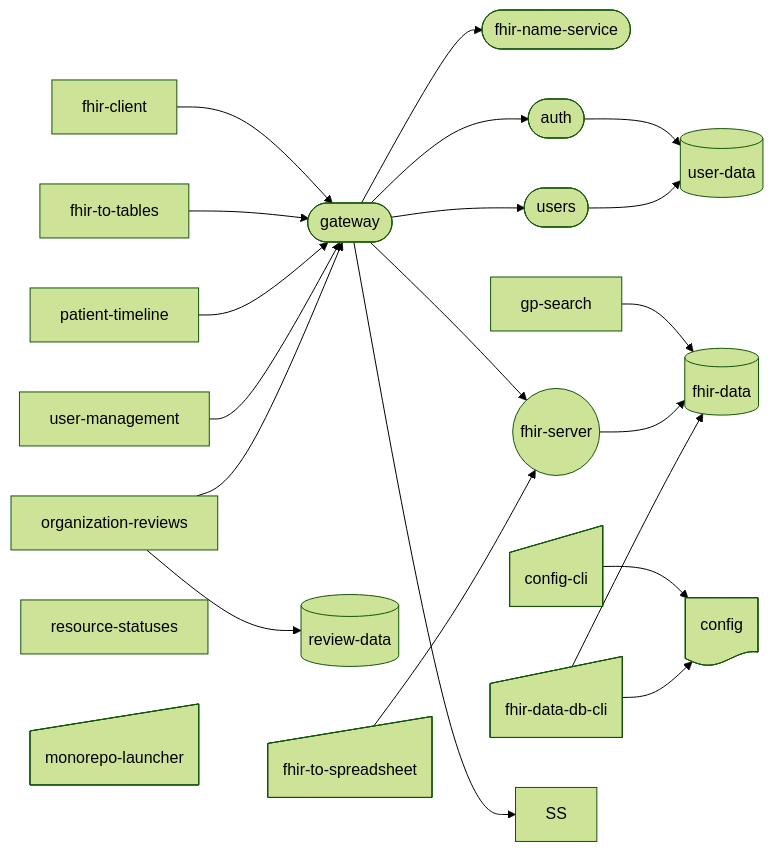
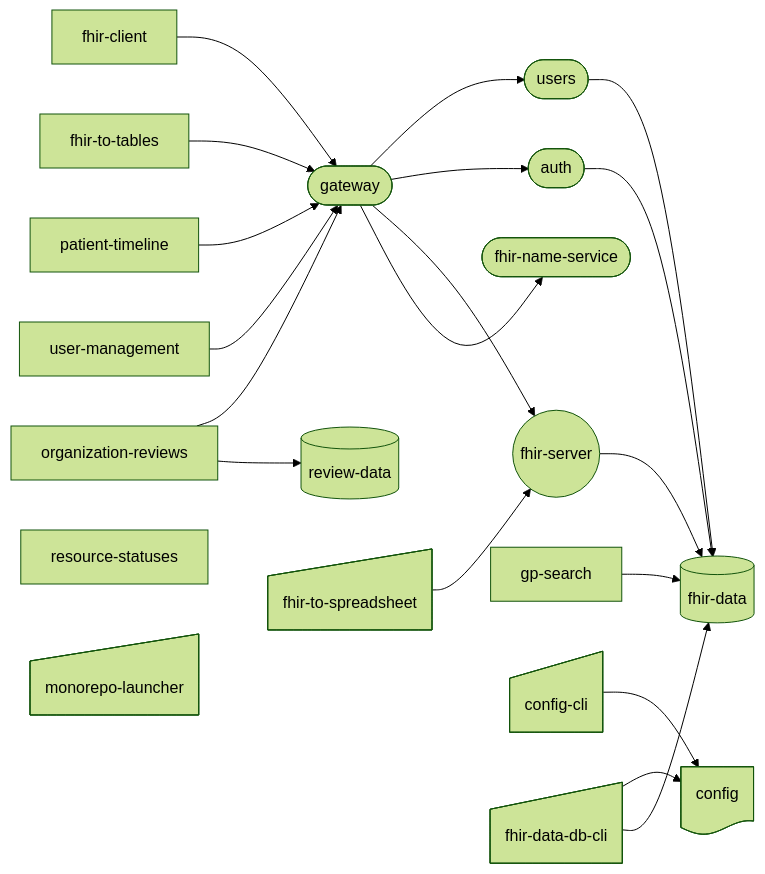
Before and after one commit to willemverbuyst/fhir-placeholder-api: the diagram in README.md, drawn with Mermaid (forest theme). The commit also changed other lines of this file and 5 other files, not shown here.

````diff
--- a/README.md
+++ b/README.md
@@ -39,47 +38,46 @@
 ```mermaid
 flowchart LR
     FNS@{shape: stadium, label: fhir-name-service}
     FS@{shape: circle, label: fhir-server}
     PT@{shape: rect, label: patient-timeline}
     A@{shape: stadium, label: auth}
     U@{shape: stadium, label: users}
     G@{shape: stadium, label: gateway}
   
+    C@{shape: doc, label: config}
+    FDB@{shape: cyl, label: fhir-data}
     RDB@{shape: cyl, label: review-data}
-    UDB@{shape: cyl, label: user-data}
-    DB@{shape: cyl, label: fhir-data}
-    C@{shape: doc, label: config}
   
     GPS@{shape: rect, label: gp-search}
     OR@{shape: rect, label: organization-reviews}
     FC@{shape: rect, label: fhir-client}
     FTT@{shape: rect, label: fhir-to-tables}
     UM@{shape: rect, label: user-management}
     RS@{shape: rect, label: resource-statuses}
 
     CS@{shape: sl-rect,label: config-cli}
     ML@{shape: sl-rect, label: monorepo-launcher}
     FTS@{shape: sl-rect, label: fhir-to-spreadsheet}
     FDC@{shape: sl-rect, label: fhir-data-db-cli}
 
-  GPS --> DB
-  FS --> DB
-  FDC --> DB
+  
   CS --> C
   FDC --> C
   FC --> G
   FTT --> G
   PT --> G
   UM --> G
   OR --> G
   G --> U
   G --> A
   G --> FS
-  G --> SS
-  A --> UDB
-  U --> UDB
+  GPS --> FDB
+  FS --> FDB
+  FDC --> FDB
+  A --> FDB
+  U --> FDB
   OR --> RDB
   G --> FNS
   FTS -->FS
   
 ```
````
